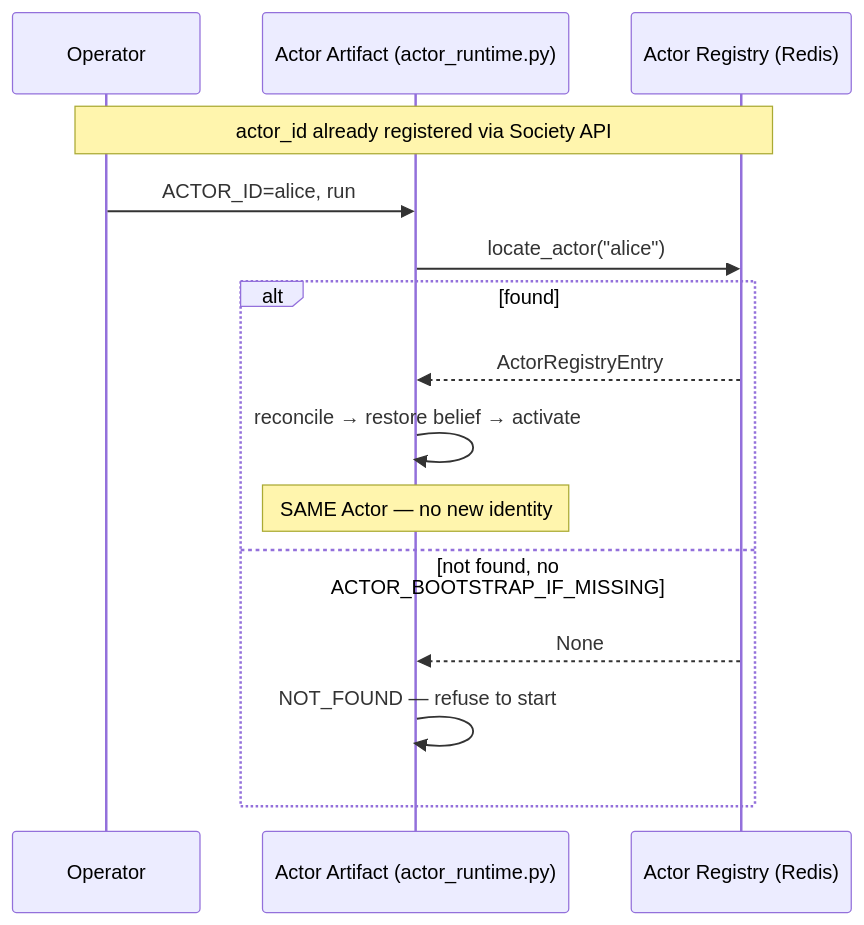
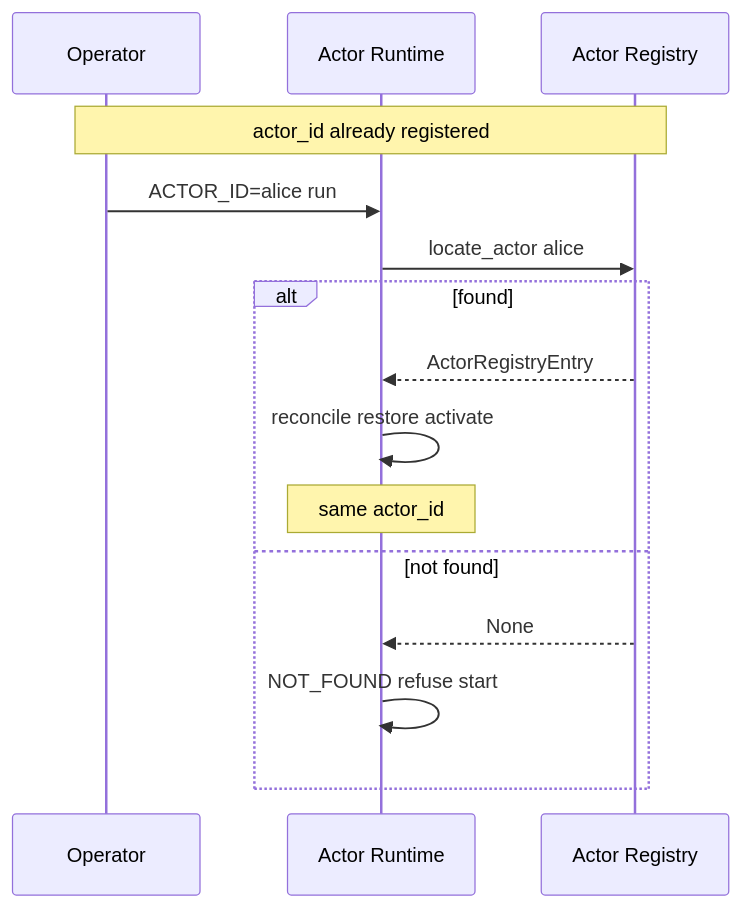
One commit to monkeypatched-stack/cogitive-os changed diagram 14 of 22 in docs/DIAGRAMS.md. Above: the diagram before and after it, drawn with Mermaid. The commit also changed other lines of this file, not shown here.

Commit message:
adding diagrams

````diff
--- a/docs/DIAGRAMS.md
+++ b/docs/DIAGRAMS.md
@@ -463,18 +504,18 @@
 ```mermaid
 sequenceDiagram
     participant Op as Operator
-    participant Bin as Actor Artifact (actor_runtime.py)
-    participant Reg as Actor Registry (Redis)
+    participant Bin as Actor Runtime
+    participant Reg as Actor Registry
 
-    Note over Op,Reg: actor_id already registered via Society API
-    Op->>Bin: ACTOR_ID=alice, run
-    Bin->>Reg: locate_actor("alice")
+    Note over Op,Reg: actor_id already registered
+    Op->>Bin: ACTOR_ID=alice run
+    Bin->>Reg: locate_actor alice
     alt found
         Reg-->>Bin: ActorRegistryEntry
-        Bin->>Bin: reconcile → restore belief → activate
-        Note over Bin: SAME Actor — no new identity
-    else not found, no ACTOR_BOOTSTRAP_IF_MISSING
+        Bin->>Bin: reconcile restore activate
+        Note over Bin: same actor_id
+    else not found
         Reg-->>Bin: None
-        Bin->>Bin: NOT_FOUND — refuse to start
+        Bin->>Bin: NOT_FOUND refuse start
     end
 ```
````
